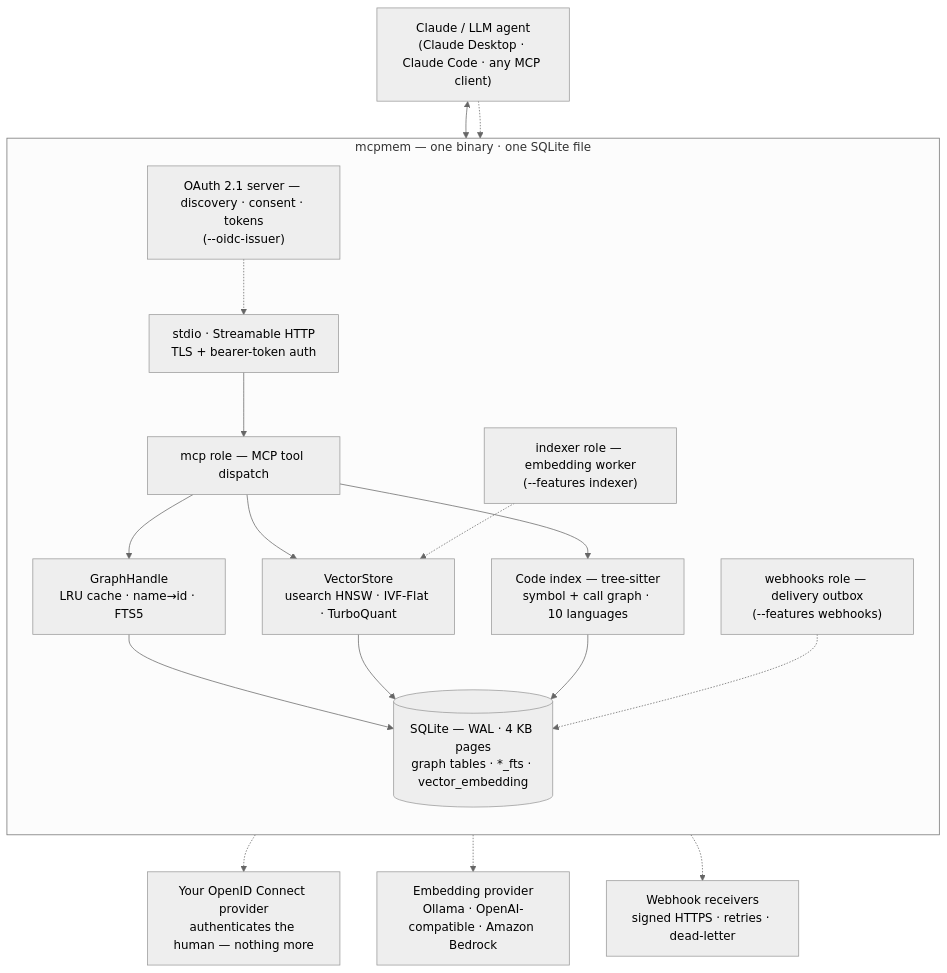
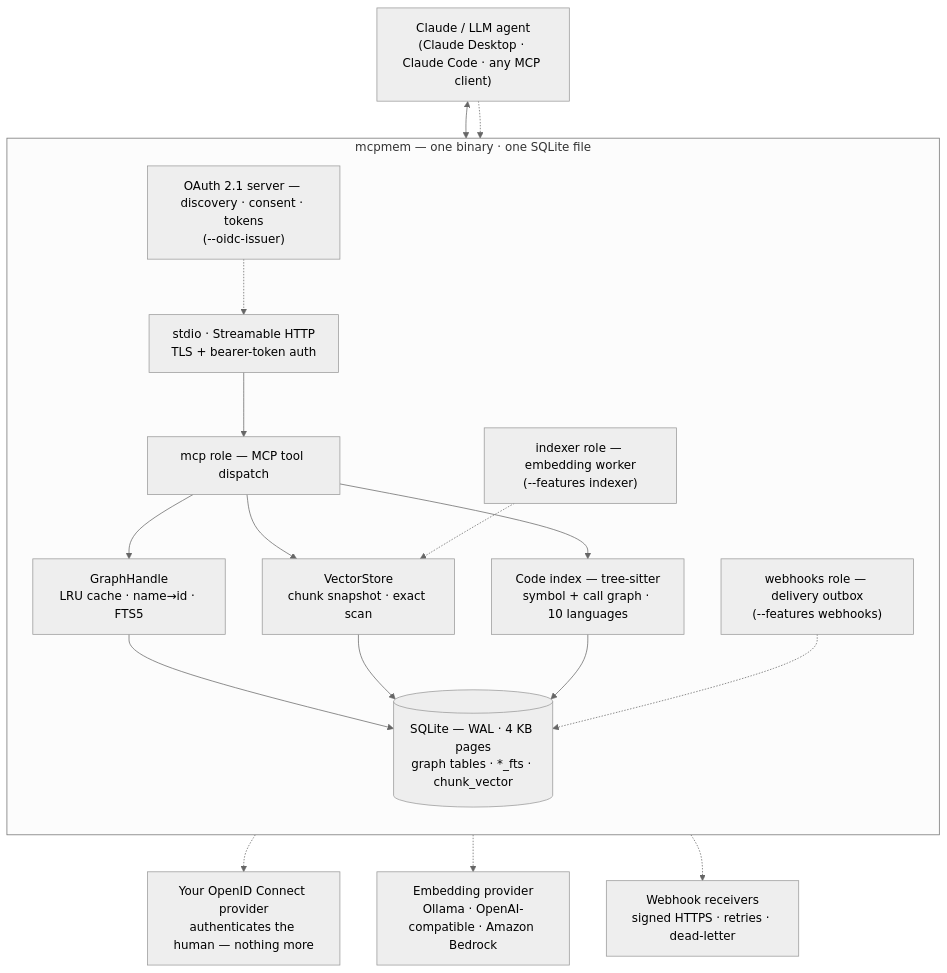
One commit to abankowski/mcpmem changed the diagram in README.md. Above: the diagram before and after it, drawn with Mermaid (neutral theme). The commit also changed other lines of this file and 12 other files, not shown here.

````diff
--- a/README.md
+++ b/README.md
@@ -44,33 +44,33 @@
 ```mermaid
 flowchart TB
   Agent["Claude / LLM agent<br/>(Claude Desktop · Claude Code · any MCP client)"]
   Oidc["Your OpenID Connect provider<br/>authenticates the human — nothing more"]
   Embed["Embedding provider<br/>Ollama · OpenAI-compatible · Amazon Bedrock"]
   Hooks["Webhook receivers<br/>signed HTTPS · retries · dead-letter"]
 
   subgraph mem["mcpmem — one binary · one SQLite file"]
     direction TB
     Tr["stdio · Streamable HTTP<br/>TLS + bearer-token auth"]
     Mcp["mcp role — MCP tool dispatch"]
     OAuth["OAuth 2.1 server — discovery · consent · tokens<br/>(--oidc-issuer)"]
     Idx["indexer role — embedding worker<br/>(--features indexer)"]
     Wbk["webhooks role — delivery outbox<br/>(--features webhooks)"]
     Gr["GraphHandle<br/>LRU cache · name→id · FTS5"]
-    Vc["VectorStore<br/>usearch HNSW · IVF-Flat · TurboQuant"]
+    Vc["VectorStore<br/>chunk snapshot · exact scan"]
     Cd["Code index — tree-sitter<br/>symbol + call graph · 10 languages"]
-    Sql[("SQLite — WAL · 4 KB pages<br/>graph tables · *_fts · vector_embedding")]
+    Sql[("SQLite — WAL · 4 KB pages<br/>graph tables · *_fts · chunk_vector")]
 
     Tr --> Mcp
     Mcp --> Gr & Vc & Cd
     Gr & Vc & Cd --> Sql
     OAuth -.-> Tr
     Idx -.-> Vc
     Wbk -.-> Sql
   end
 
   Agent <--> Tr
   Agent -.-> OAuth
   OAuth -.-> Oidc
   Idx -.-> Embed
   Wbk -.-> Hooks
 ```
````
